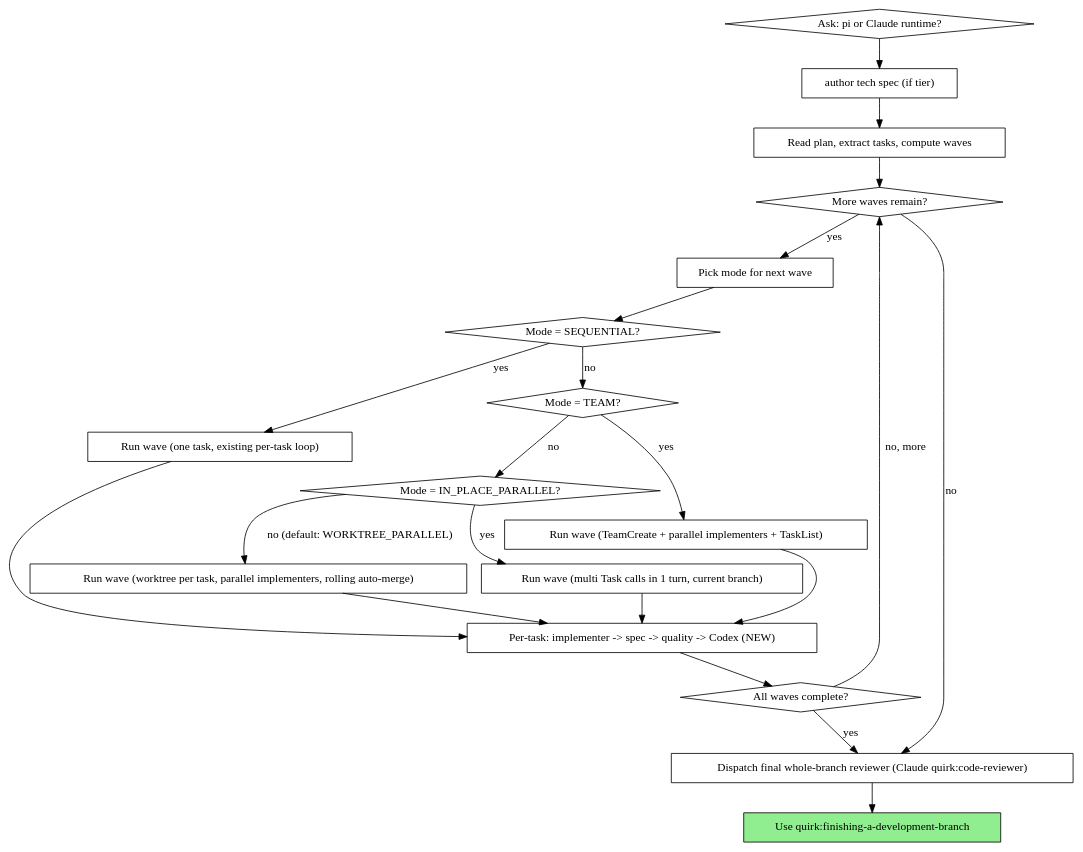
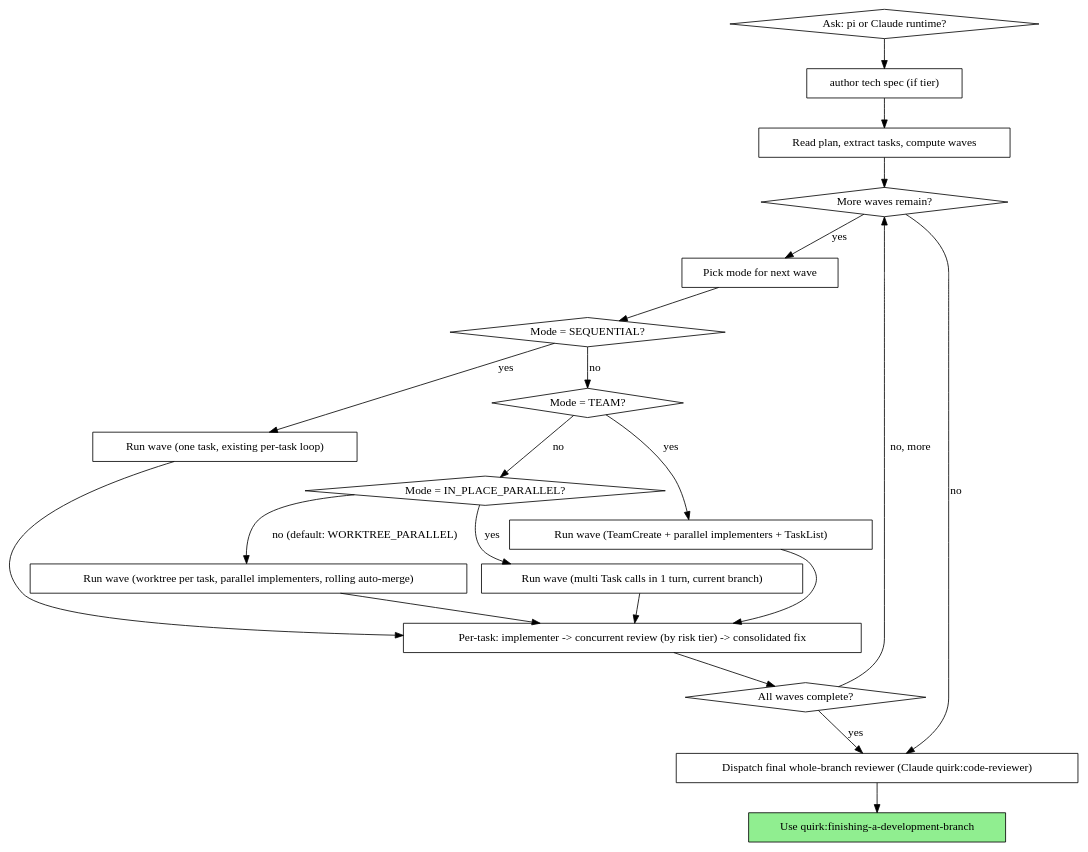
The second of 2 diagrams in skills/subagent-driven-development/SKILL.md (zpyoung/quirk), drawn with Graphviz before and after one commit. The commit also changed other lines of this file and 10 other files, not shown here.

````diff
--- a/skills/subagent-driven-development/SKILL.md
+++ b/skills/subagent-driven-development/SKILL.md
@@ -79,43 +83,43 @@
 ```dot
 digraph process {
     rankdir=TB;
 
     "Ask: pi or Claude runtime?" [shape=diamond];
     "author tech spec (if tier)" [shape=box];
     "Read plan, extract tasks, compute waves" [shape=box];
     "More waves remain?" [shape=diamond];
     "Pick mode for next wave" [shape=box];
     "Mode = SEQUENTIAL?" [shape=diamond];
     "Mode = TEAM?" [shape=diamond];
     "Mode = IN_PLACE_PARALLEL?" [shape=diamond];
     "Run wave (one task, existing per-task loop)" [shape=box];
     "Run wave (TeamCreate + parallel implementers + TaskList)" [shape=box];
     "Run wave (multi Task calls in 1 turn, current branch)" [shape=box];
     "Run wave (worktree per task, parallel implementers, rolling auto-merge)" [shape=box];
-    "Per-task: implementer -> spec -> quality -> Codex (NEW)" [shape=box];
+    "Per-task: implementer -> concurrent review (by risk tier) -> consolidated fix" [shape=box];
     "All waves complete?" [shape=diamond];
     "Dispatch final whole-branch reviewer (Claude quirk:code-reviewer)" [shape=box];
     "Use quirk:finishing-a-development-branch" [shape=box style=filled fillcolor=lightgreen];
 
     "Ask: pi or Claude runtime?" -> "author tech spec (if tier)";
     "author tech spec (if tier)" -> "Read plan, extract tasks, compute waves";
     "Read plan, extract tasks, compute waves" -> "More waves remain?";
     "More waves remain?" -> "Pick mode for next wave" [label="yes"];
     "More waves remain?" -> "Dispatch final whole-branch reviewer (Claude quirk:code-reviewer)" [label="no"];
     "Pick mode for next wave" -> "Mode = SEQUENTIAL?";
     "Mode = SEQUENTIAL?" -> "Run wave (one task, existing per-task loop)" [label="yes"];
     "Mode = SEQUENTIAL?" -> "Mode = TEAM?" [label="no"];
     "Mode = TEAM?" -> "Run wave (TeamCreate + parallel implementers + TaskList)" [label="yes"];
     "Mode = TEAM?" -> "Mode = IN_PLACE_PARALLEL?" [label="no"];
     "Mode = IN_PLACE_PARALLEL?" -> "Run wave (multi Task calls in 1 turn, current branch)" [label="yes"];
     "Mode = IN_PLACE_PARALLEL?" -> "Run wave (worktree per task, parallel implementers, rolling auto-merge)" [label="no (default: WORKTREE_PARALLEL)"];
-    "Run wave (one task, existing per-task loop)" -> "Per-task: implementer -> spec -> quality -> Codex (NEW)";
-    "Run wave (TeamCreate + parallel implementers + TaskList)" -> "Per-task: implementer -> spec -> quality -> Codex (NEW)";
-    "Run wave (multi Task calls in 1 turn, current branch)" -> "Per-task: implementer -> spec -> quality -> Codex (NEW)";
-    "Run wave (worktree per task, parallel implementers, rolling auto-merge)" -> "Per-task: implementer -> spec -> quality -> Codex (NEW)";
-    "Per-task: implementer -> spec -> quality -> Codex (NEW)" -> "All waves complete?";
+    "Run wave (one task, existing per-task loop)" -> "Per-task: implementer -> concurrent review (by risk tier) -> consolidated fix";
+    "Run wave (TeamCreate + parallel implementers + TaskList)" -> "Per-task: implementer -> concurrent review (by risk tier) -> consolidated fix";
+    "Run wave (multi Task calls in 1 turn, current branch)" -> "Per-task: implementer -> concurrent review (by risk tier) -> consolidated fix";
+    "Run wave (worktree per task, parallel implementers, rolling auto-merge)" -> "Per-task: implementer -> concurrent review (by risk tier) -> consolidated fix";
+    "Per-task: implementer -> concurrent review (by risk tier) -> consolidated fix" -> "All waves complete?";
     "All waves complete?" -> "More waves remain?" [label="no, more"];
     "All waves complete?" -> "Dispatch final whole-branch reviewer (Claude quirk:code-reviewer)" [label="yes"];
     "Dispatch final whole-branch reviewer (Claude quirk:code-reviewer)" -> "Use quirk:finishing-a-development-branch";
 }
 ```
````
